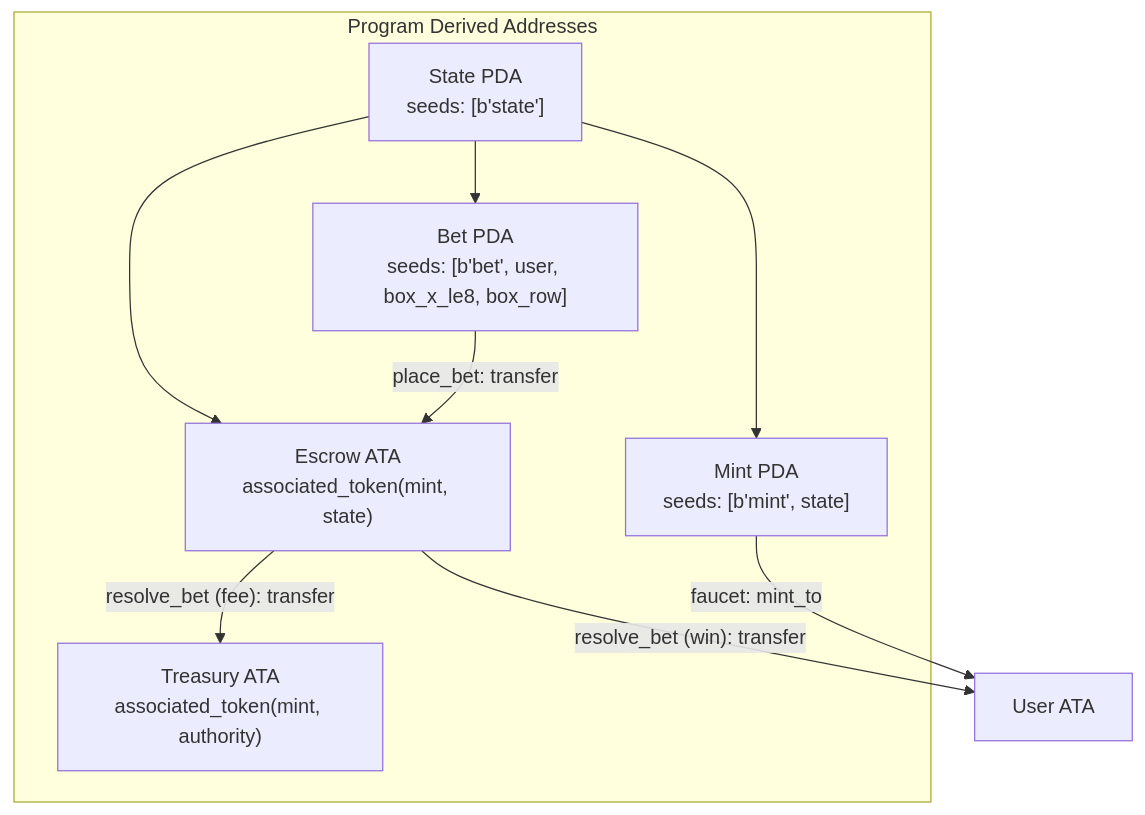
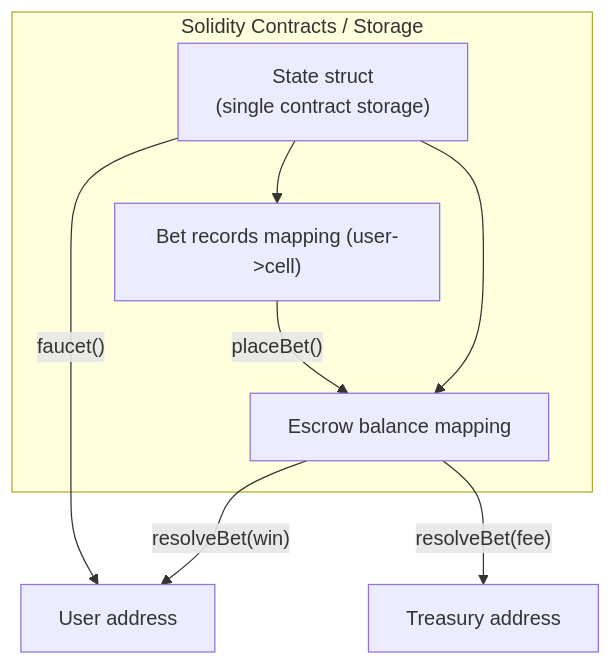
Before and after one commit to manovHacksaw/spermdotfun: the second of 4 diagrams in docs/technical-architecture.md, drawn with Mermaid. The commit also changed other lines of this file and 8 other files, not shown here.

````diff
--- a/docs/technical-architecture.md
+++ b/docs/technical-architecture.md
@@ -167,19 +167,16 @@
 ```mermaid
 graph TD
-    subgraph PDAs["Program Derived Addresses"]
-        STATE["State PDA\nseeds: [b'state']"]
-        MINTPDA["Mint PDA\nseeds: [b'mint', state]"]
-        ESCROW["Escrow ATA\nassociated_token(mint, state)"]
-        TREASURY["Treasury ATA\nassociated_token(mint, authority)"]
-        BETPDA["Bet PDA\nseeds: [b'bet', user, box_x_le8, box_row]"]
+    subgraph Contracts["Solidity Contracts / Storage"]
+        STATE["State struct\n(single contract storage)"]
+        ESCROW["Escrow balance mapping"]
+        BETS["Bet records mapping (user->cell)"]
     end
 
-    STATE --> MINTPDA
     STATE --> ESCROW
-    STATE --> BETPDA
+    STATE --> BETS
 
-    BETPDA -- "place_bet: transfer" --> ESCROW
-    ESCROW -- "resolve_bet (win): transfer" --> USER_ATA["User ATA"]
-    ESCROW -- "resolve_bet (fee): transfer" --> TREASURY
-    MINTPDA -- "faucet: mint_to" --> USER_ATA
+    BETS -- "placeBet()" --> ESCROW
+    ESCROW -- "resolveBet(win)" --> USER["User address"]
+    ESCROW -- "resolveBet(fee)" --> TREASURY["Treasury address"]
+    STATE -- "faucet()" --> USER
 ```
````
